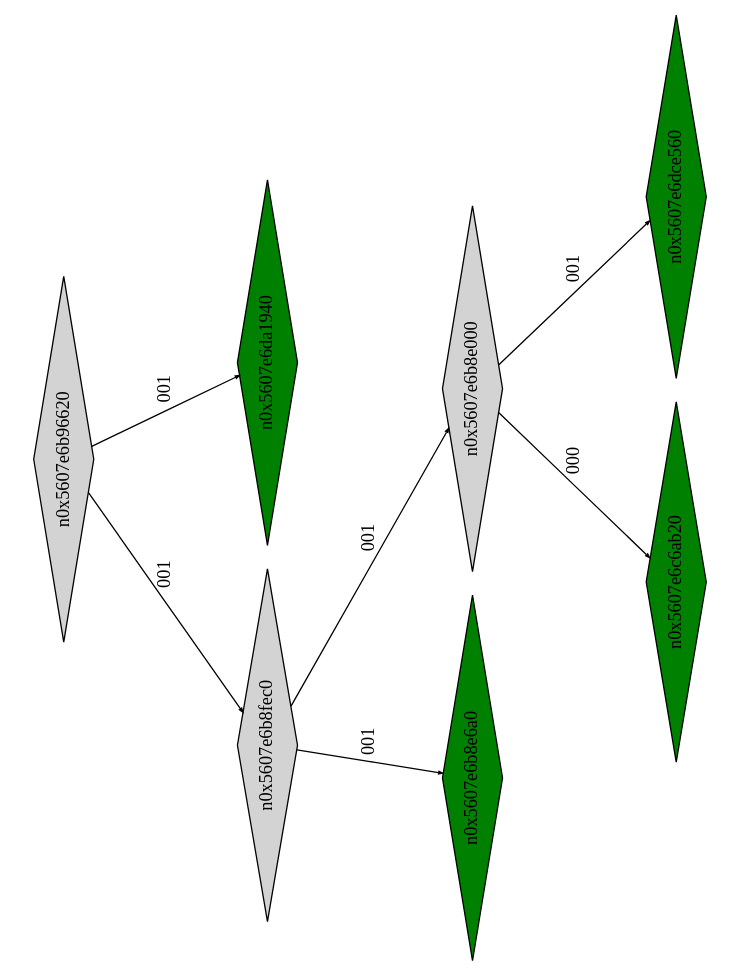
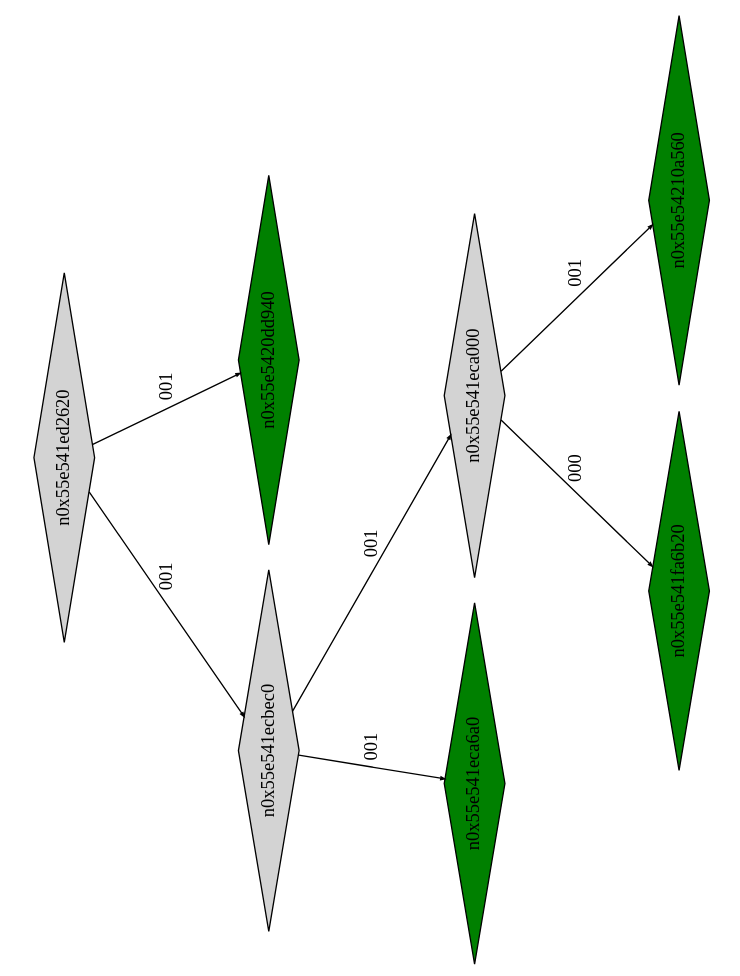
One commit to Research-Tools-PAVT/PSE-Program-Examples changed the diagram in example1_klee_out/ptree_00000320.dot. Above: the diagram before and after it, drawn with Graphviz. The commit also changed 41 other files, not shown here.

```diff
--- a/example1_klee_out/ptree_00000320.dot
+++ b/example1_klee_out/ptree_00000320.dot
@@ -1,21 +1,21 @@
 digraph G {
 	size="10,7.5";
 	ratio=fill;
 	rotate=90;
 	center = "true";
 	node [style="filled",width=.1,height=.1,fontname="Terminus"]
 	edge [arrowsize=.3]
-	n0x5607e6b96620 [shape=diamond];
-	n0x5607e6b96620 -> n0x5607e6b8fec0 [label=001];
-	n0x5607e6b96620 -> n0x5607e6da1940 [label=001];
-	n0x5607e6da1940 [shape=diamond,fillcolor=green];
-	n0x5607e6b8fec0 [shape=diamond];
-	n0x5607e6b8fec0 -> n0x5607e6b8e6a0 [label=001];
-	n0x5607e6b8fec0 -> n0x5607e6b8e000 [label=001];
-	n0x5607e6b8e000 [shape=diamond];
-	n0x5607e6b8e000 -> n0x5607e6c6ab20 [label=000];
-	n0x5607e6b8e000 -> n0x5607e6dce560 [label=001];
-	n0x5607e6dce560 [shape=diamond,fillcolor=green];
-	n0x5607e6c6ab20 [shape=diamond,fillcolor=green];
-	n0x5607e6b8e6a0 [shape=diamond,fillcolor=green];
+	n0x55e541ed2620 [shape=diamond];
+	n0x55e541ed2620 -> n0x55e541ecbec0 [label=001];
+	n0x55e541ed2620 -> n0x55e5420dd940 [label=001];
+	n0x55e5420dd940 [shape=diamond,fillcolor=green];
+	n0x55e541ecbec0 [shape=diamond];
+	n0x55e541ecbec0 -> n0x55e541eca6a0 [label=001];
+	n0x55e541ecbec0 -> n0x55e541eca000 [label=001];
+	n0x55e541eca000 [shape=diamond];
+	n0x55e541eca000 -> n0x55e541fa6b20 [label=000];
+	n0x55e541eca000 -> n0x55e54210a560 [label=001];
+	n0x55e54210a560 [shape=diamond,fillcolor=green];
+	n0x55e541fa6b20 [shape=diamond,fillcolor=green];
+	n0x55e541eca6a0 [shape=diamond,fillcolor=green];
 }
```
